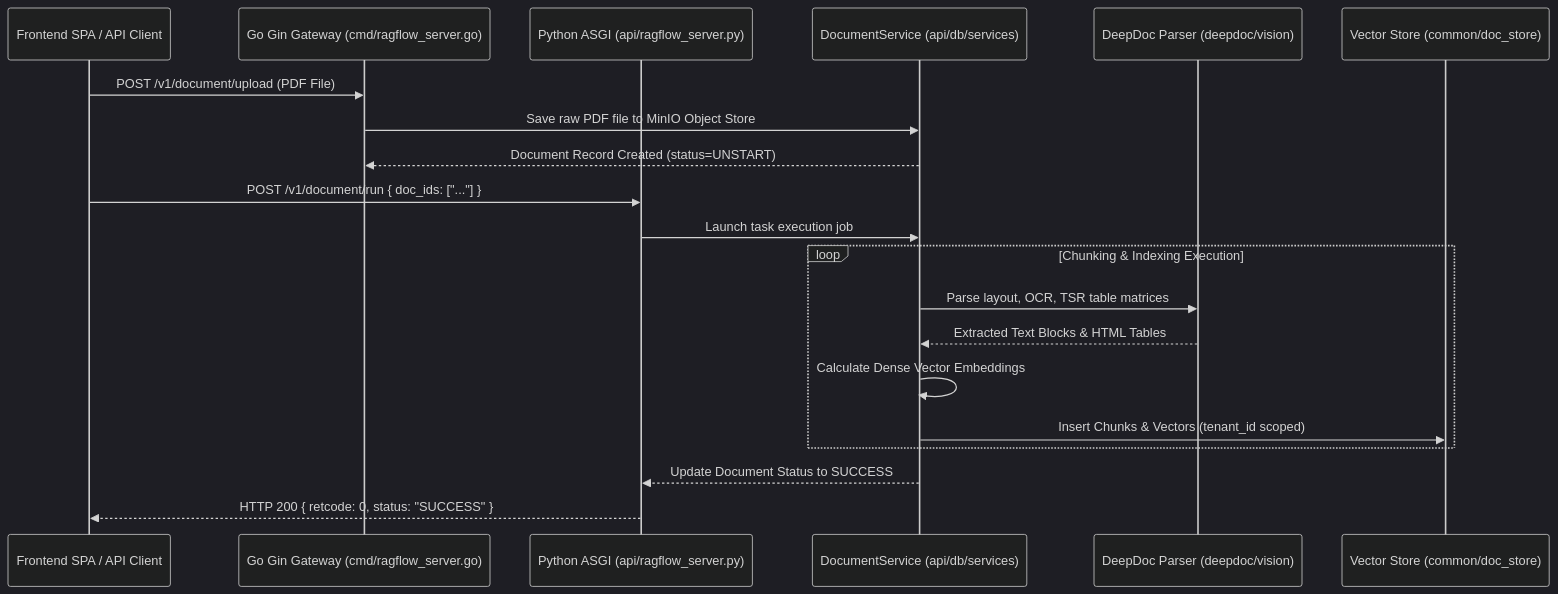
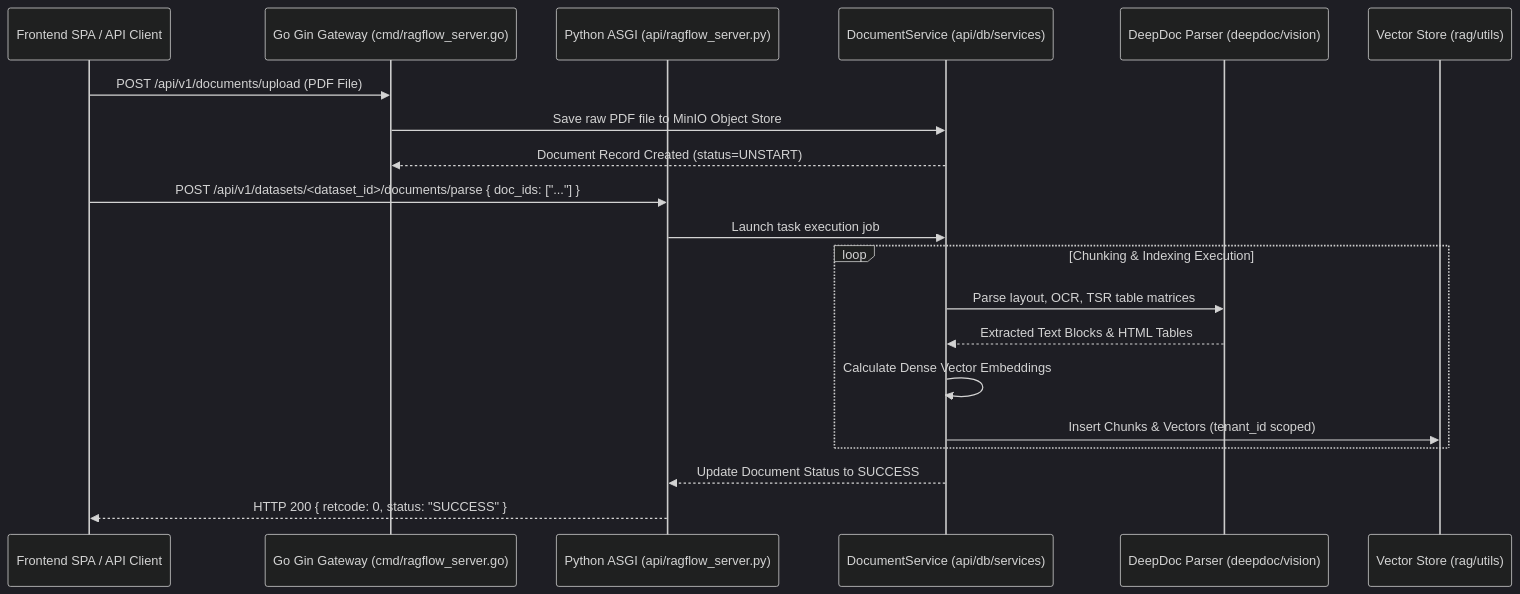
The first of 2 diagrams in ragflow-docs/03-backend/backend-data-flow.md (6sLOGAN78/devRAG), drawn with Mermaid (dark theme) before and after one commit. The commit also changed other lines of this file and 35 other files, not shown here.

````diff
--- a/ragflow-docs/03-backend/backend-data-flow.md
+++ b/ragflow-docs/03-backend/backend-data-flow.md
@@ -13,25 +13,25 @@
 ```mermaid
 sequenceDiagram
     participant Client as Frontend SPA / API Client
     participant Router as Go Gin Gateway (cmd/ragflow_server.go)
     participant PyApp as Python ASGI (api/ragflow_server.py)
     participant Service as DocumentService (api/db/services)
     participant DeepDoc as DeepDoc Parser (deepdoc/vision)
-    participant DocStore as Vector Store (common/doc_store)
+    participant DocStore as Vector Store (rag/utils)
 
-    Client->>Router: POST /v1/document/upload (PDF File)
+    Client->>Router: POST /api/v1/documents/upload (PDF File)
     Router->>Service: Save raw PDF file to MinIO Object Store
     Service-->>Router: Document Record Created (status=UNSTART)
-    Client->>PyApp: POST /v1/document/run { doc_ids: ["..."] }
+    Client->>PyApp: POST /api/v1/datasets/<dataset_id>/documents/parse { doc_ids: ["..."] }
     PyApp->>Service: Launch task execution job
     
     loop Chunking & Indexing Execution
         Service->>DeepDoc: Parse layout, OCR, TSR table matrices
         DeepDoc-->>Service: Extracted Text Blocks & HTML Tables
         Service->>Service: Calculate Dense Vector Embeddings
         Service->>DocStore: Insert Chunks & Vectors (tenant_id scoped)
     end
 
     Service-->>PyApp: Update Document Status to SUCCESS
     PyApp-->>Client: HTTP 200 { retcode: 0, status: "SUCCESS" }
 ```
````
